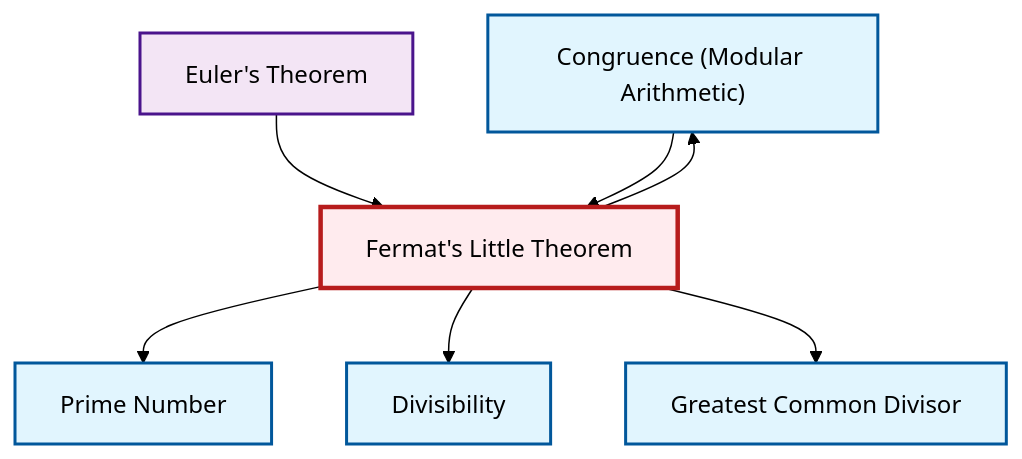
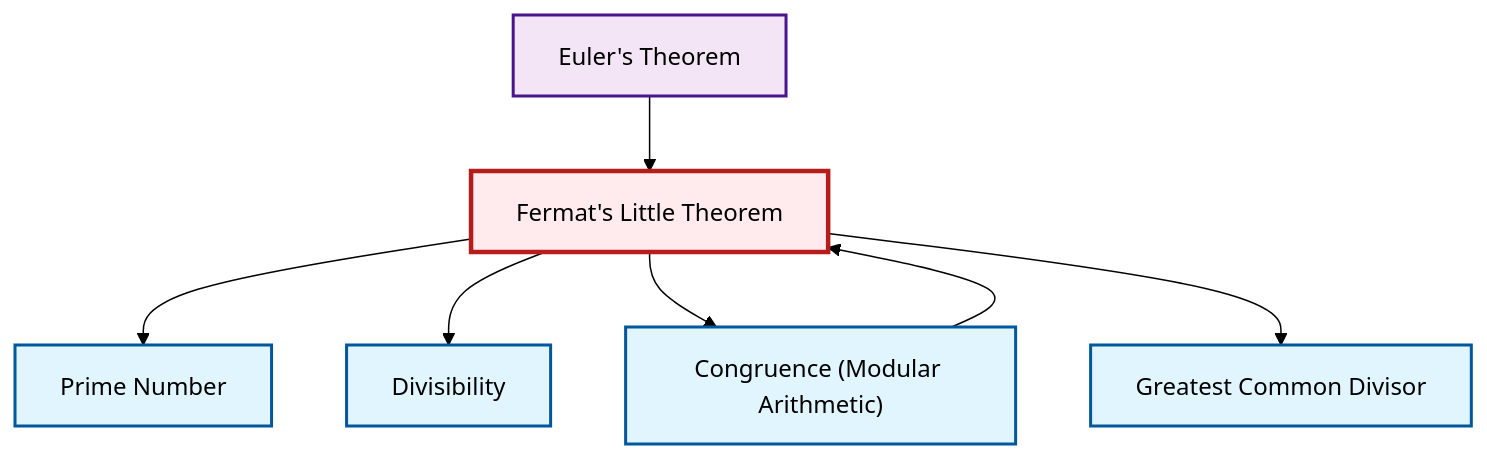
Before and after one commit to RK0429/ModernMath: the diagram in output/mermaid/en/thm-fermat-little.mermaid, drawn with Mermaid (forest theme). The commit also changed other lines of this file and 3096 other files, not shown here.

```diff
--- a/output/mermaid/en/thm-fermat-little.mermaid
+++ b/output/mermaid/en/thm-fermat-little.mermaid
@@ -1,19 +1,19 @@
 graph TD
     classDef definition fill:#e1f5fe,stroke:#01579b,stroke-width:2px
     classDef theorem fill:#f3e5f5,stroke:#4a148c,stroke-width:2px
     classDef axiom fill:#fff3e0,stroke:#e65100,stroke-width:2px
     classDef example fill:#e8f5e9,stroke:#1b5e20,stroke-width:2px
     classDef current fill:#ffebee,stroke:#b71c1c,stroke-width:3px
-    def-congruence["Congruence (Modular Arithmetic)"]:::definition
+    def-gcd["Greatest Common Divisor"]:::definition
     thm-euler["Euler's Theorem"]:::theorem
     def-divisibility["Divisibility"]:::definition
+    thm-fermat-little["Fermat's Little Theorem"]:::theorem
     def-prime["Prime Number"]:::definition
-    def-gcd["Greatest Common Divisor"]:::definition
-    thm-fermat-little["Fermat's Little Theorem"]:::theorem
-    thm-euler --> thm-fermat-little
-    thm-fermat-little --> def-congruence
-    def-congruence --> thm-fermat-little
+    def-congruence["Congruence (Modular Arithmetic)"]:::definition
     thm-fermat-little --> def-prime
     thm-fermat-little --> def-divisibility
+    thm-fermat-little --> def-congruence
+    thm-euler --> thm-fermat-little
+    def-congruence --> thm-fermat-little
     thm-fermat-little --> def-gcd
     class thm-fermat-little current
```
